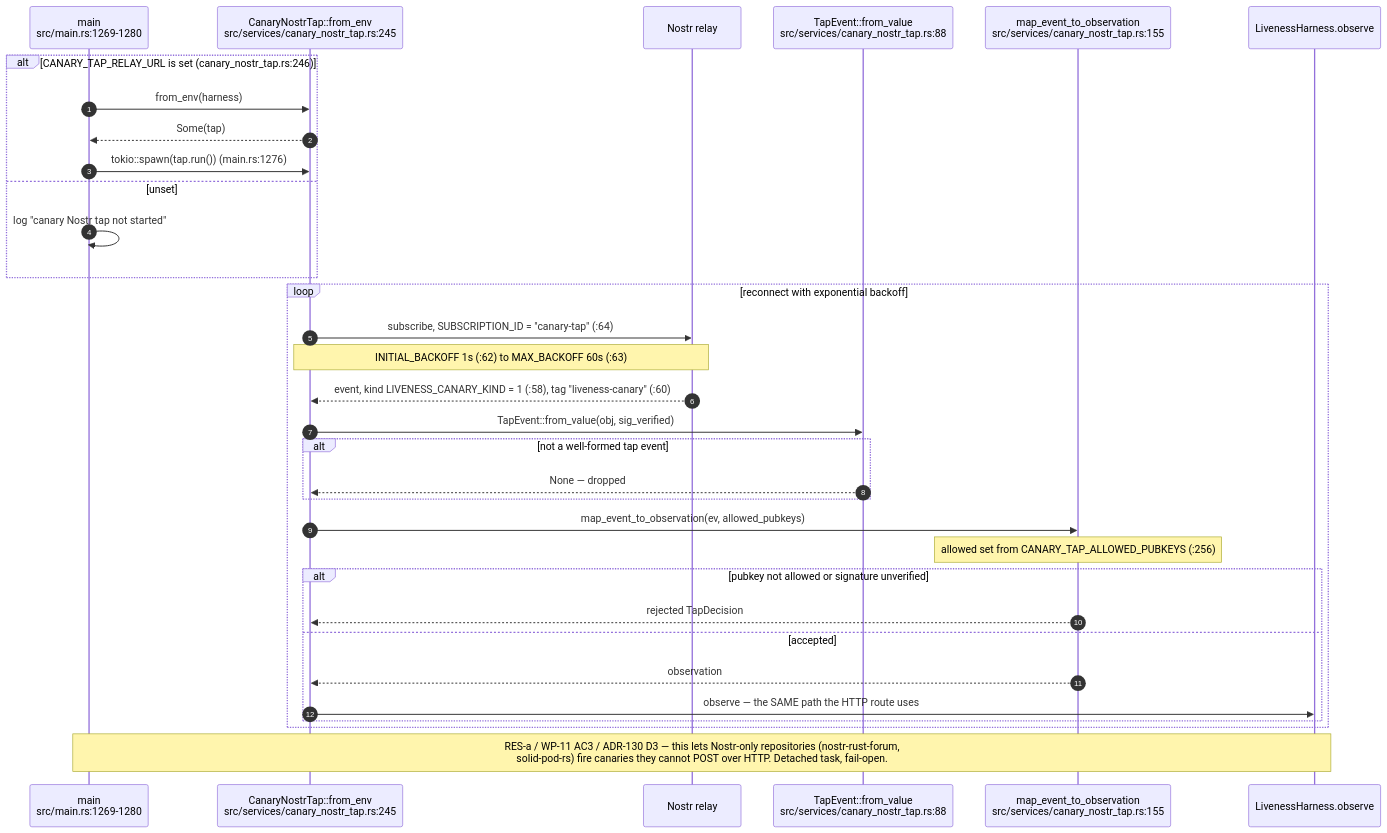
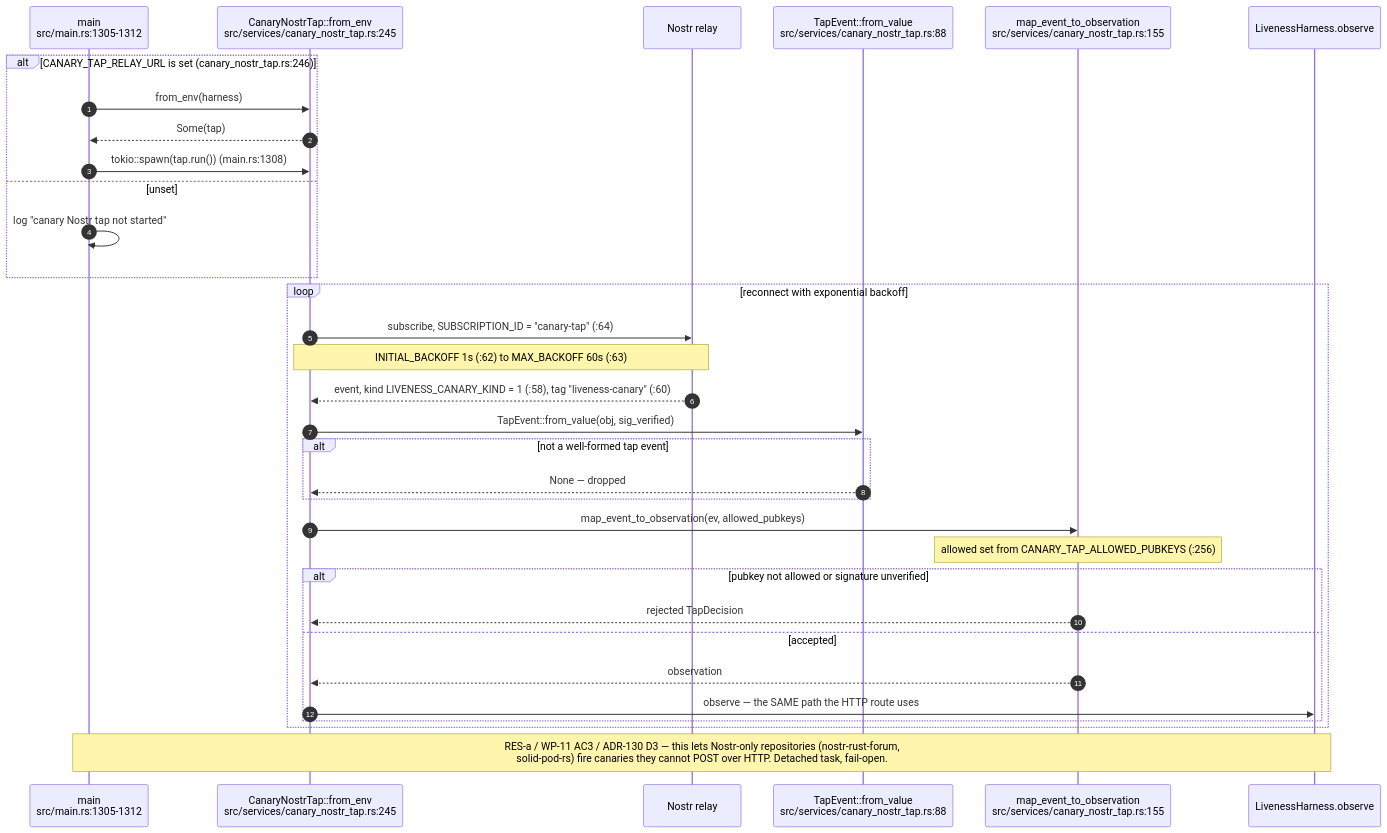
Before and after one commit to DreamLab-AI/VisionFlow: the fifth of 9 diagrams in docs/diagrams/visionclaw/08-observability-health-and-dev-loop.md, drawn with Mermaid. The commit also changed other lines of this file and 160 other files, not shown here.

````diff
--- a/docs/diagrams/visionclaw/08-observability-health-and-dev-loop.md
+++ b/docs/diagrams/visionclaw/08-observability-health-and-dev-loop.md
@@ -148,36 +153,36 @@
 ```mermaid
 sequenceDiagram
     autonumber
-    participant M as main<br/>src/main.rs:1269-1280
+    participant M as main<br/>src/main.rs:1305-1312
     participant T as CanaryNostrTap::from_env<br/>src/services/canary_nostr_tap.rs:245
     participant R as Nostr relay
     participant E as TapEvent::from_value<br/>src/services/canary_nostr_tap.rs:88
     participant D as map_event_to_observation<br/>src/services/canary_nostr_tap.rs:155
     participant LH as LivenessHarness.observe
 
     alt CANARY_TAP_RELAY_URL is set (canary_nostr_tap.rs:246)
         M->>T: from_env(harness)
         T-->>M: Some(tap)
-        M->>T: tokio::spawn(tap.run()) (main.rs:1276)
+        M->>T: tokio::spawn(tap.run()) (main.rs:1308)
     else unset
         M->>M: log "canary Nostr tap not started"
     end
     loop reconnect with exponential backoff
         T->>R: subscribe, SUBSCRIPTION_ID = "canary-tap" (:64)
         Note over T,R: INITIAL_BACKOFF 1s (:62) to MAX_BACKOFF 60s (:63)
         R-->>T: event, kind LIVENESS_CANARY_KIND = 1 (:58), tag "liveness-canary" (:60)
         T->>E: TapEvent::from_value(obj, sig_verified)
         alt not a well-formed tap event
             E-->>T: None — dropped
         end
         T->>D: map_event_to_observation(ev, allowed_pubkeys)
         Note over D: allowed set from CANARY_TAP_ALLOWED_PUBKEYS (:256)
         alt pubkey not allowed or signature unverified
             D-->>T: rejected TapDecision
         else accepted
             D-->>T: observation
             T->>LH: observe — the SAME path the HTTP route uses
         end
     end
     Note over M,LH: RES-a / WP-11 AC3 / ADR-130 D3 — this lets Nostr-only repositories (nostr-rust-forum,<br/>solid-pod-rs) fire canaries they cannot POST over HTTP. Detached task, fail-open.
 ```
````
